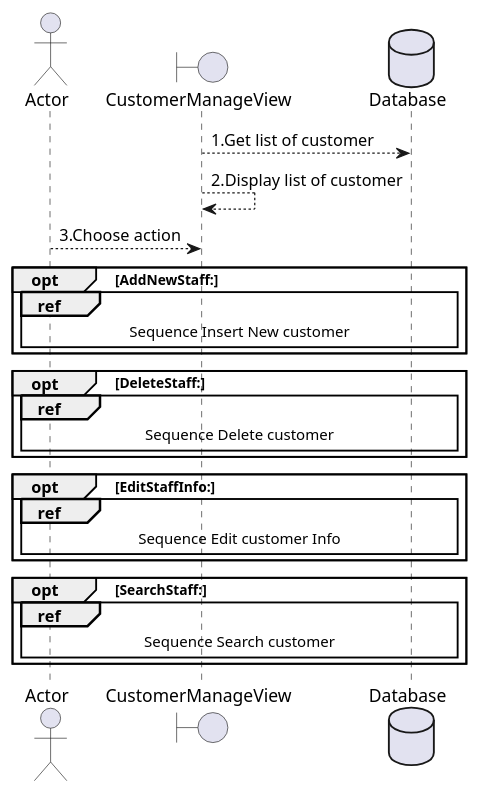
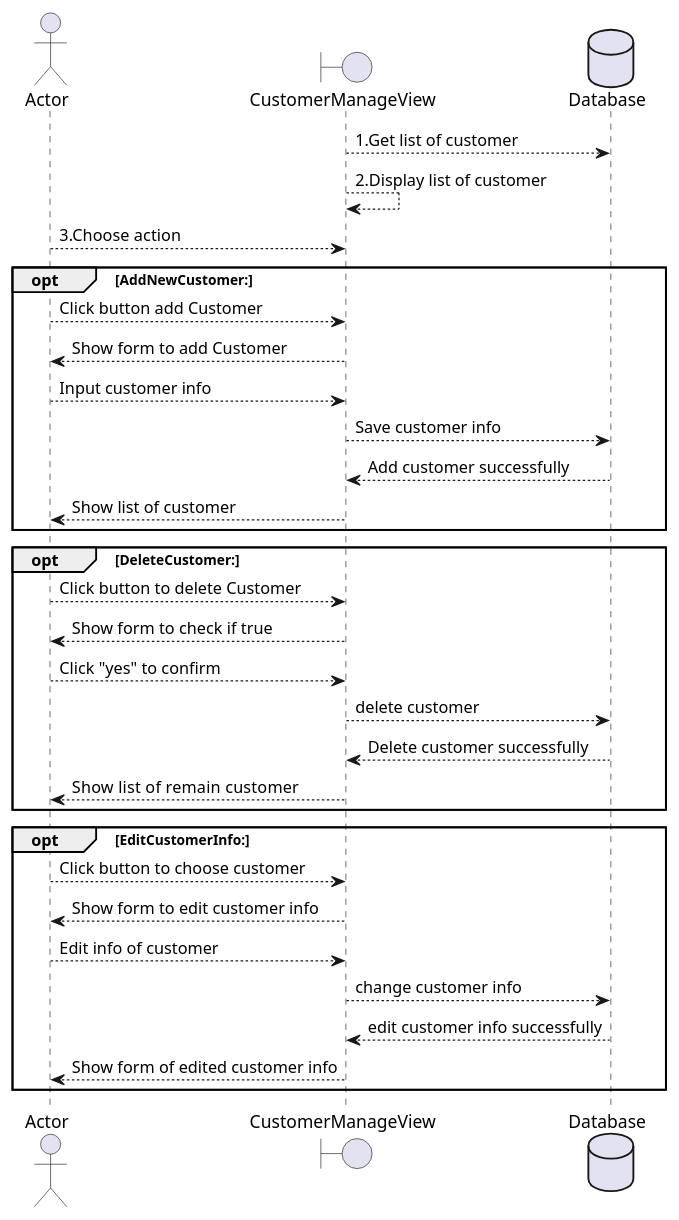
One commit to vanlinh1602/SE357-Pratice-class changed the diagram in Lab 1/Lab1.2/Sequence Diagram/QLKhachHang.pu. Above: the diagram before and after it, drawn with PlantUML. The commit also changed 13 other files, not shown here.

First line of the commit message:
update sequence diagram

```diff
--- a/Lab 1/Lab1.2/Sequence Diagram/QLKhachHang.pu
+++ b/Lab 1/Lab1.2/Sequence Diagram/QLKhachHang.pu
@@ -1,27 +1,40 @@
 @startuml QL khach hang
 
 actor Actor 
 boundary CustomerManageView 
 database Database 
 
 CustomerManageView  --> Database: 1.Get list of customer
 CustomerManageView  --> CustomerManageView : 2.Display list of customer
 Actor --> CustomerManageView : 3.Choose action
 
-opt AddNewStaff:
-    ref over Actor, CustomerManageView , Database: Sequence Insert New customer
+opt AddNewCustomer:
+Actor --> CustomerManageView: Click button add Customer
+CustomerManageView --> Actor: Show form to add Customer
+Actor --> CustomerManageView: Input customer info
+CustomerManageView --> Database: Save customer info
+Database --> CustomerManageView: Add customer successfully
+CustomerManageView --> Actor: Show list of customer
 end   
 
-opt DeleteStaff:
-    ref over Actor, CustomerManageView , Database: Sequence Delete customer
+opt DeleteCustomer:
+Actor --> CustomerManageView: Click button to delete Customer
+CustomerManageView --> Actor: Show form to check if true
+Actor --> CustomerManageView: Click "yes" to confirm
+CustomerManageView --> Database: delete customer
+Database --> CustomerManageView: Delete customer successfully
+CustomerManageView --> Actor: Show list of  remain customer
 end
 
-opt EditStaffInfo:
-    ref over Actor, CustomerManageView , Database: Sequence Edit customer Info
+
+opt EditCustomerInfo:
+Actor --> CustomerManageView: Click button to choose customer
+CustomerManageView --> Actor: Show form to edit customer info
+Actor --> CustomerManageView: Edit info of customer
+CustomerManageView --> Database:  change customer info
+Database --> CustomerManageView: edit customer info successfully
+CustomerManageView --> Actor: Show form of edited customer info
 end   
 
-opt SearchStaff:
-    ref over Actor, CustomerManageView , Database: Sequence Search customer
-end  
 
 @enduml
```
